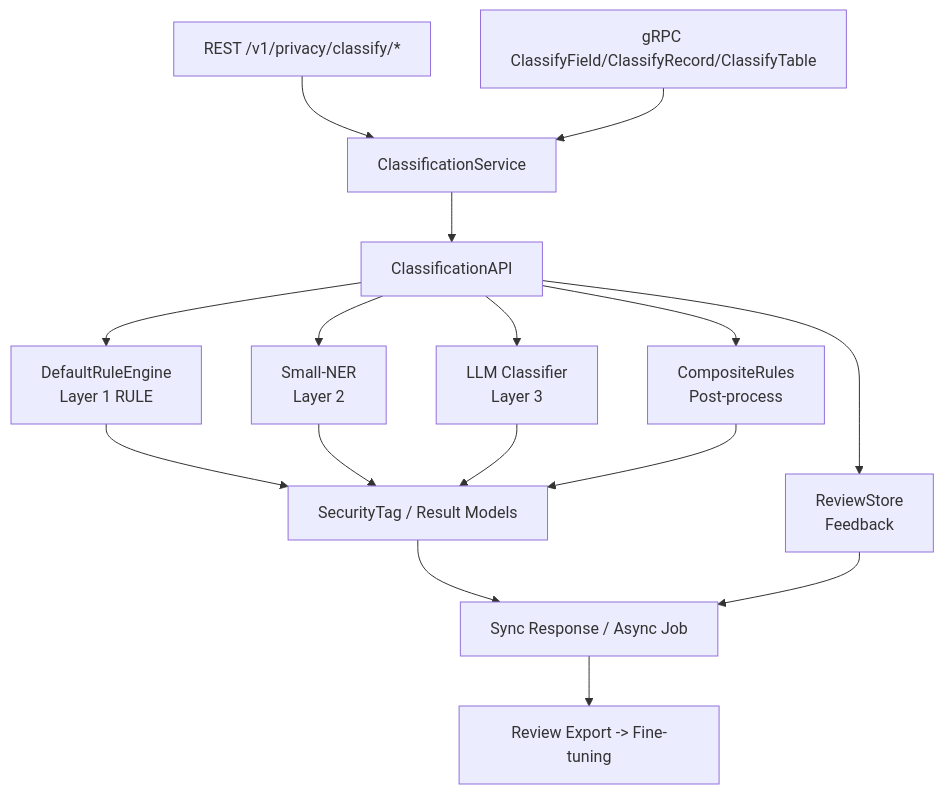
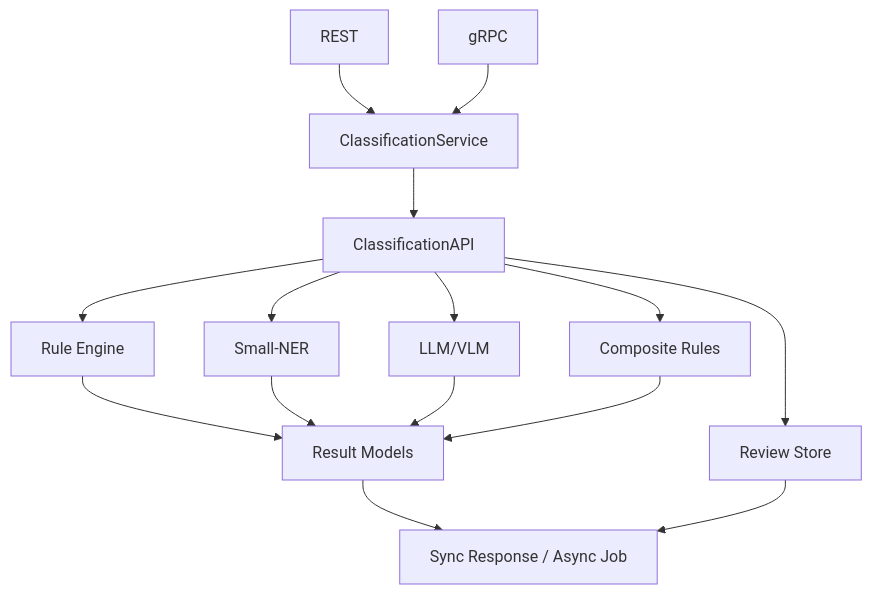
Before and after one commit to fengzhizi319/PrivShield: the third of 4 diagrams in docs/classification/design.md, drawn with Mermaid. The commit also changed other lines of this file and 14 other files, not shown here.

````diff
--- a/docs/classification/design.md
+++ b/docs/classification/design.md
@@ -365,18 +199,17 @@
 ```mermaid
 graph TD
-    REST["REST /v1/privacy/classify/*"] --> CS
-    GRPC["gRPC ClassifyField/ClassifyRecord/ClassifyTable"] --> CS
-    CS[ClassificationService] --> API[ClassificationAPI]
-    API --> DRE[DefaultRuleEngine<br/>Layer 1 RULE]
-    API --> SN[Small-NER<br/>Layer 2]
-    API --> LLM[LLM Classifier<br/>Layer 3]
-    API --> CR[CompositeRules<br/>Post-process]
-    API --> RS[ReviewStore<br/>Feedback]
-    DRE --> SM[SecurityTag / Result Models]
-    SN --> SM
-    LLM --> SM
-    CR --> SM
-    SM --> SR[Sync Response / Async Job]
-    RS --> SR
-    SR --> RE[Review Export -> Fine-tuning]
+    REST[REST] --> S[ClassificationService]
+    GRPC[gRPC] --> S
+    S --> API[ClassificationAPI]
+    API --> R[Rule Engine]
+    API --> N[Small-NER]
+    API --> L[LLM/VLM]
+    API --> C[Composite Rules]
+    API --> V[Review Store]
+    R --> M[Result Models]
+    N --> M
+    L --> M
+    C --> M
+    M --> O[Sync Response / Async Job]
+    V --> O
 ```
````
